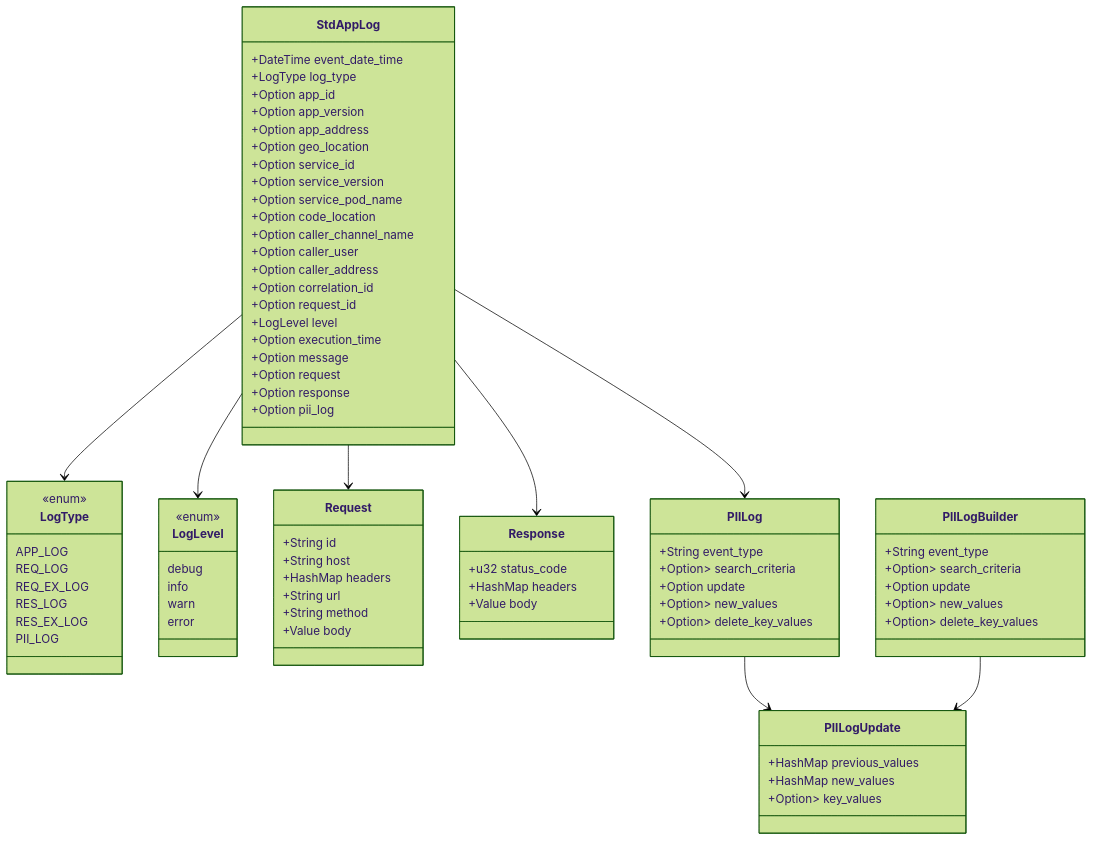
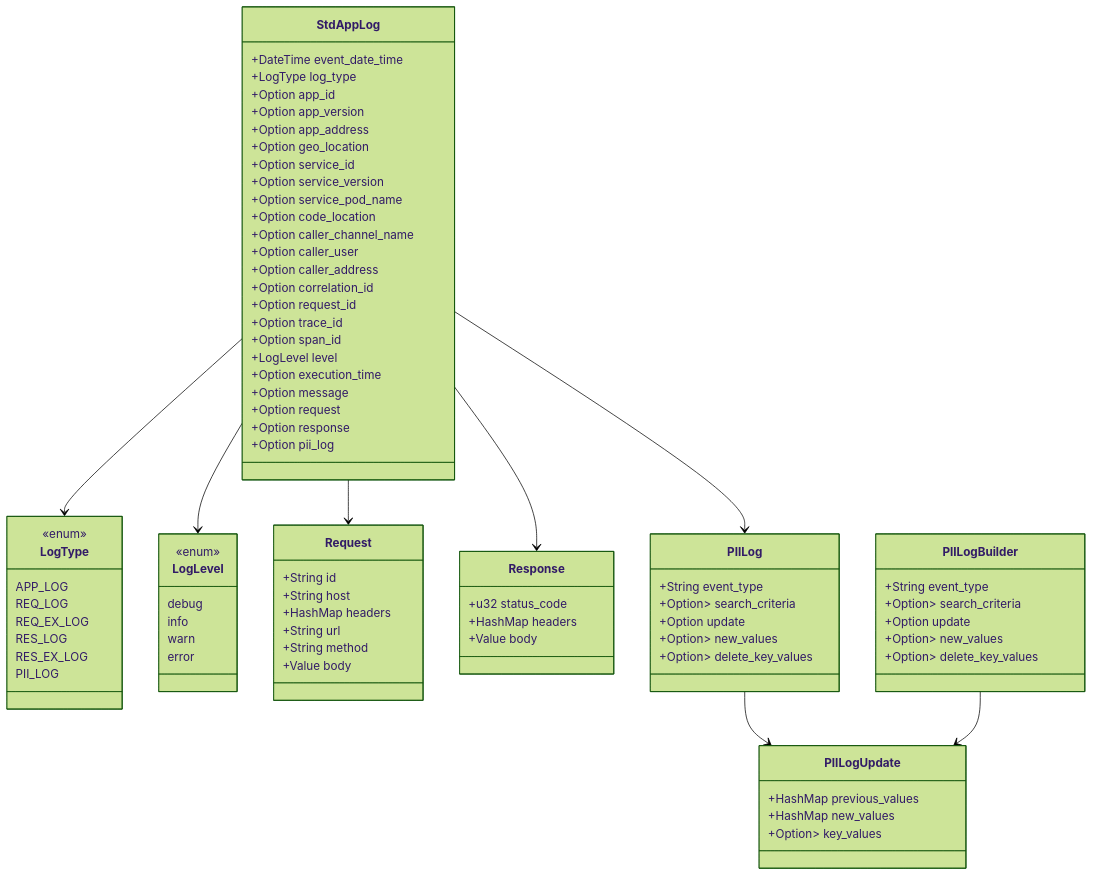
The diagram in README.md (preedep/standard-app-log), drawn with Mermaid (forest theme) before and after one commit. The commit also changed other lines of this file, not shown here.

```diff
--- a/README.md
+++ b/README.md
@@ -42,6 +42,8 @@
   +Option<String> caller_address
   +Option<String> correlation_id
   +Option<String> request_id
+  +Option<String> trace_id
+  +Option<String> span_id
   +LogLevel level
   +Option<u32> execution_time
   +Option<String> message
```
